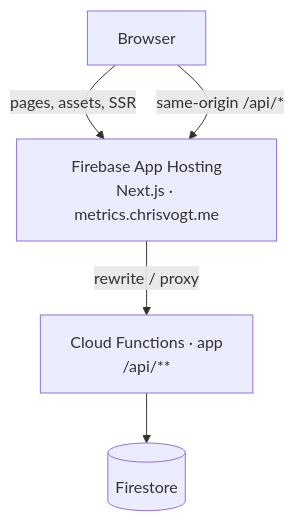
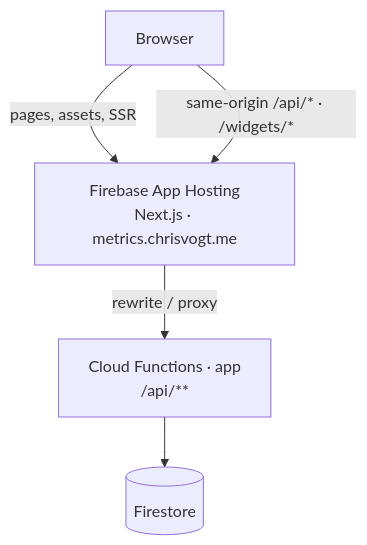
One commit to chrisvogt/metrics changed the first of 4 diagrams in README.md. Above: the diagram before and after it, drawn with Mermaid. The commit also changed other lines of this file and 6 other files, not shown here.

First line of the commit message:
docs: align READMEs and agent docs with tenant API and /widgets routing

````diff
--- a/README.md
+++ b/README.md
@@ -72,11 +72,11 @@
 ```mermaid
 flowchart TB
   browser[Browser]
   ah[Firebase App Hosting<br/>Next.js · metrics.chrisvogt.me]
   cf[Cloud Functions · app<br/>/api/**]
   fs[(Firestore)]
   browser -->|pages, assets, SSR| ah
-  browser -->|same-origin /api/*| ah
+  browser -->|same-origin /api/* · /widgets/*| ah
   ah -->|rewrite / proxy| cf
   cf --> fs
 ```
````
